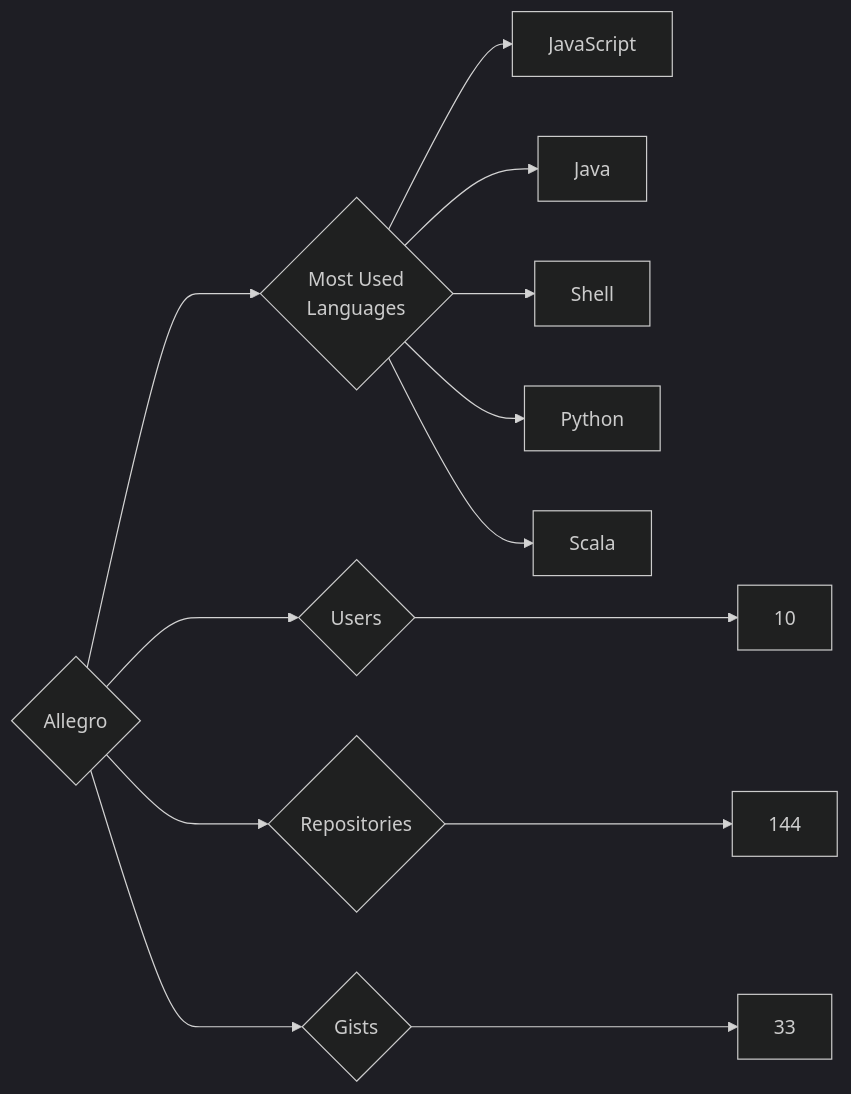
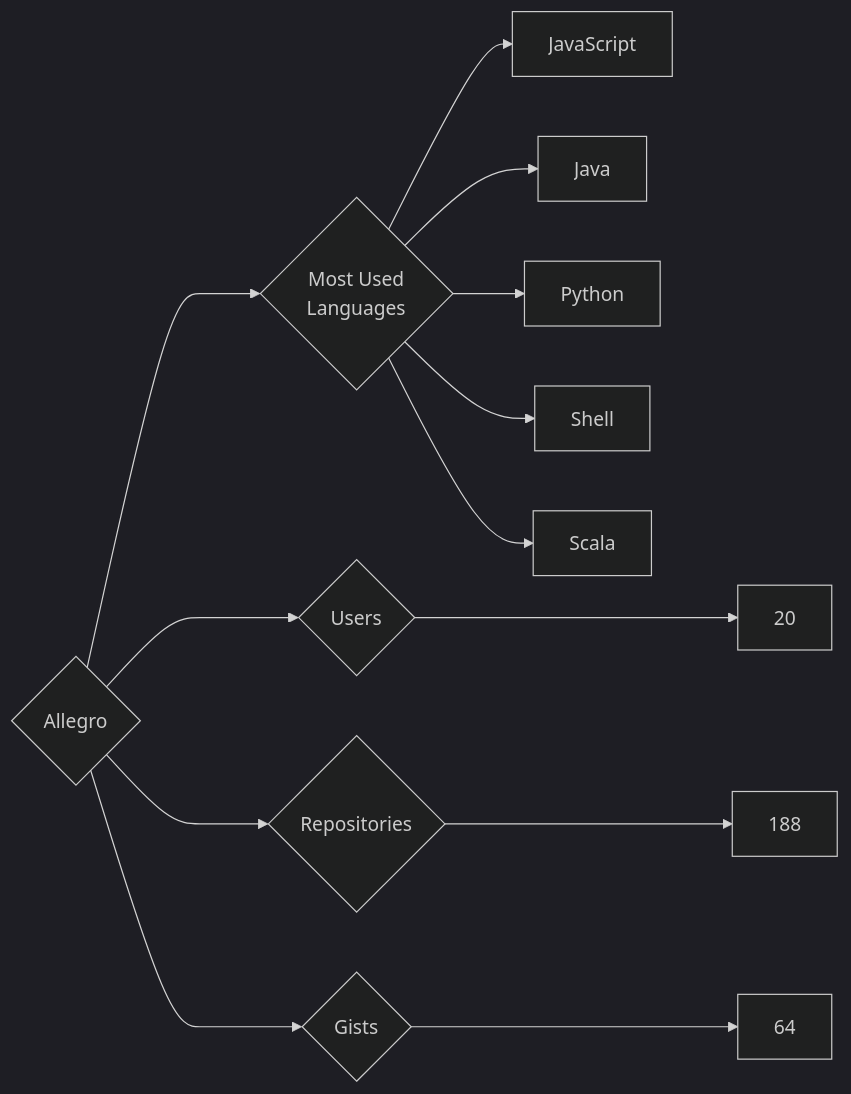
Before and after one commit to trickest/insiders: the diagram in targets/Allegro/README.md, drawn with Mermaid (dark theme). The commit also changed 914 other files, not shown here.

````diff
--- a/targets/Allegro/README.md
+++ b/targets/Allegro/README.md
@@ -3,13 +3,13 @@
 ```mermaid
 graph LR
 COMPANY_NAME{Allegro}
-COMPANY_NAME ---> U{Users} ---> UN[10]
-COMPANY_NAME ---> R{Repositories} ---> RN[144]
-COMPANY_NAME ---> G{Gists} ---> GN[33]
+COMPANY_NAME ---> U{Users} ---> UN[20]
+COMPANY_NAME ---> R{Repositories} ---> RN[188]
+COMPANY_NAME ---> G{Gists} ---> GN[64]
 COMPANY_NAME ---> ML{Most Used<br>Languages}
 ML --> JavaScript[JavaScript]
 ML --> Java[Java]
+ML --> Python[Python]
 ML --> Shell[Shell]
-ML --> Python[Python]
 ML --> Scala[Scala]
 ```
````
